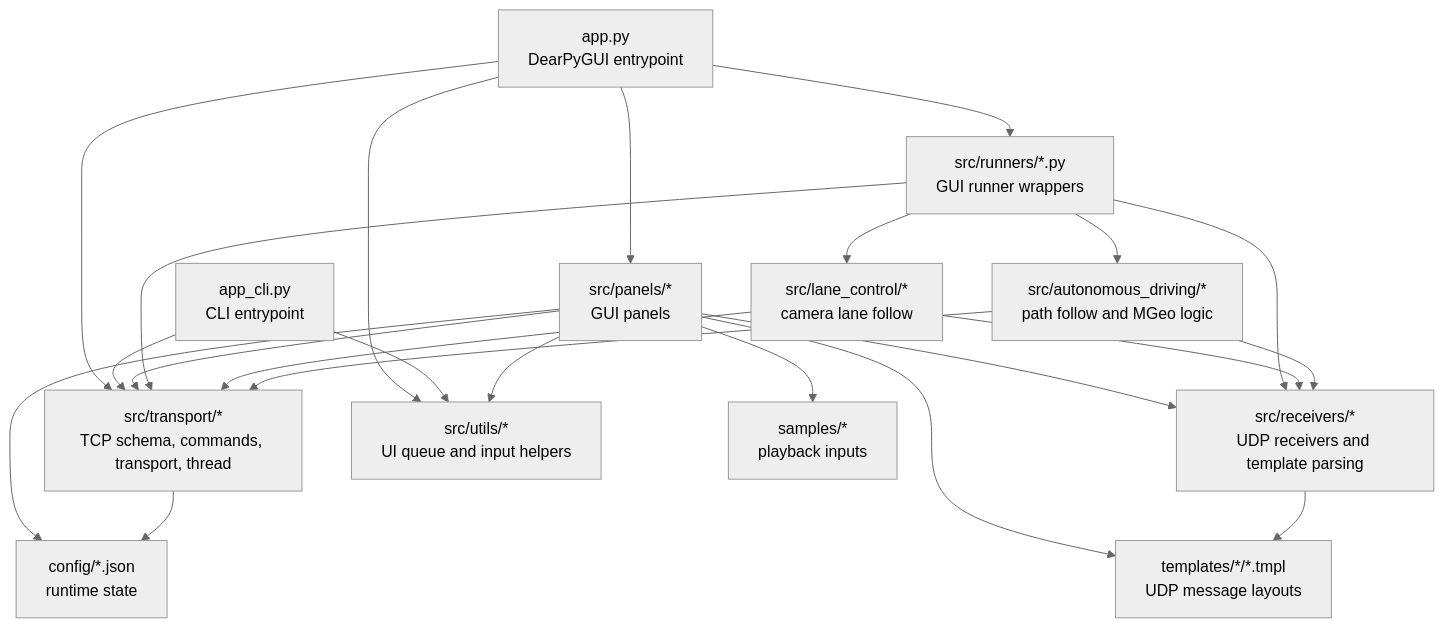
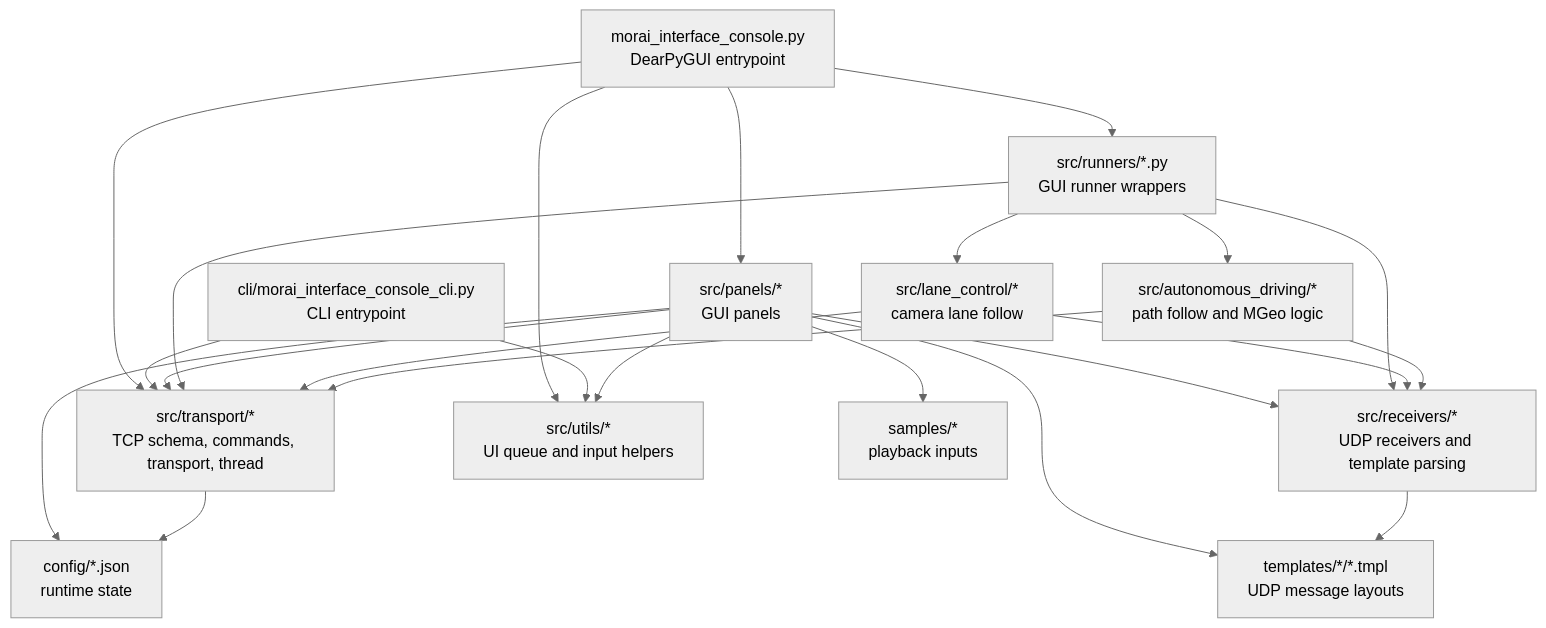
Before and after one commit to MORAI-Autonomous/MORAI-SimControl_v2.1: the first of 5 diagrams in docs/code-review-graph.md, drawn with Mermaid (neutral theme). The commit also changed other lines of this file and 17 other files, not shown here.

````diff
--- a/docs/code-review-graph.md
+++ b/docs/code-review-graph.md
@@ -8,43 +8,43 @@
 ```mermaid
 flowchart TD
-    app["app.py<br/>DearPyGUI entrypoint"]
-    cli["app_cli.py<br/>CLI entrypoint"]
+    app["morai_interface_console.py<br/>DearPyGUI entrypoint"]
+    cli["cli/morai_interface_console_cli.py<br/>CLI entrypoint"]
 
     panels["src/panels/*<br/>GUI panels"]
     runners["src/runners/*.py<br/>GUI runner wrappers"]
     transport["src/transport/*<br/>TCP schema, commands, transport, thread"]
     receivers["src/receivers/*<br/>UDP receivers and template parsing"]
     lane["src/lane_control/*<br/>camera lane follow"]
     ad["src/autonomous_driving/*<br/>path follow and MGeo logic"]
     utils["src/utils/*<br/>UI queue and input helpers"]
     templates["templates/*/*.tmpl<br/>UDP message layouts"]
     config["config/*.json<br/>runtime state"]
     samples["samples/*<br/>playback inputs"]
 
     app --> panels
     app --> runners
     app --> transport
     app --> utils
     cli --> transport
     cli --> utils
 
     panels --> transport
     panels --> receivers
     panels --> templates
     panels --> utils
     panels --> config
     panels --> samples
 
     runners --> lane
     runners --> ad
     runners --> transport
     runners --> receivers
 
     lane --> receivers
     lane --> transport
     ad --> transport
     ad --> receivers
 
     receivers --> templates
     transport --> config
 ```
````
